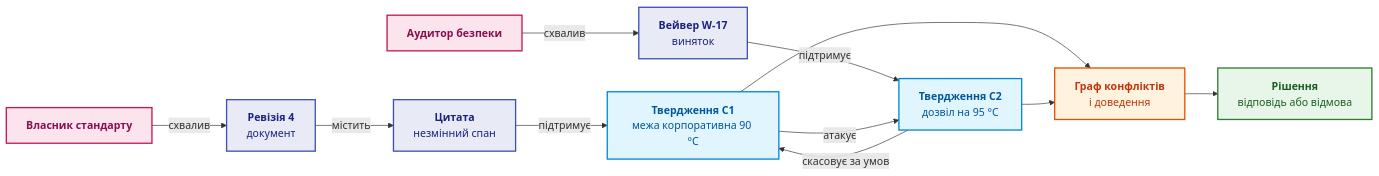
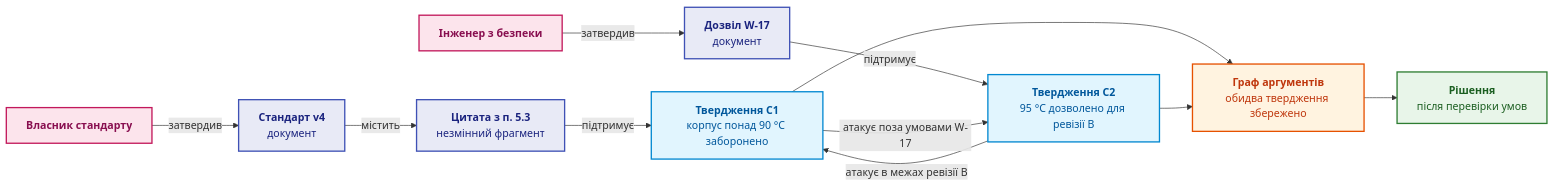
The second of 7 diagrams in ExpertSystem/ch02-epistemology-of-machine-knowledge.md (nick-fedchik/articles), drawn with Mermaid before and after one commit. The commit also changed other lines of this file, not shown here.

````diff
--- a/ExpertSystem/ch02-epistemology-of-machine-knowledge.md
+++ b/ExpertSystem/ch02-epistemology-of-machine-knowledge.md
@@ -136,28 +143,27 @@
 ```mermaid
 flowchart LR
-    accTitle: Граф доведення та конфліктів тверджень
-    accDescr: Документи та вейвери породжують твердження, які можуть атакувати одне одного, формуючи граф доведення.
+    accTitle: Граф підтримки й заперечення тверджень про 95 °C
+    accDescr: Стандарт через незмінну цитату підтримує загальну заборону. Дозвіл на відхилення W-17 підтримує виняток. Загальна заборона й виняток атакують одне одного, а експертна система зберігає обидва твердження до рішення.
 
-    D1["<b>Ревізія 4</b><br/>документ"] -->|"містить"| SP["<b>Цитата</b><br/>незмінний спан"]
-    A1["<b>Власник стандарту</b>"] -->|"схвалив"| D1
-    SP -->|"підтримує"| C1["<b>Твердження C1</b><br/>межа корпоративна 90 °C"]
-    W1["<b>Вейвер W-17</b><br/>виняток"] -->|"підтримує"| C2["<b>Твердження C2</b><br/>дозвіл на 95 °C"]
-    A2["<b>Аудитор безпеки</b>"] -->|"схвалив"| W1
-    C1 -->|"атакує"| C2
-    C2 -->|"скасовує за умов"| C1
-    C1 --> P["<b>Граф конфліктів</b><br/>і доведення"]
-    C2 --> P
-    P --> O["<b>Рішення</b><br/>відповідь або відмова"]
+    STD["<b>Стандарт v4</b><br/>документ"] -->|"містить"| SP["<b>Цитата з п. 5.3</b><br/>незмінний фрагмент"]
+    OWN["<b>Власник стандарту</b>"] -->|"затвердив"| STD
+    SP -->|"підтримує"| C1["<b>Твердження C1</b><br/>корпус понад 90 °C заборонено"]
+    W["<b>Дозвіл W-17</b><br/>документ"] -->|"підтримує"| C2["<b>Твердження C2</b><br/>95 °C дозволено для ревізії B"]
+    SAF["<b>Інженер з безпеки</b>"] -->|"затвердив"| W
+    C2 -->|"атакує в межах ревізії B"| C1
+    C1 -->|"атакує поза умовами W-17"| C2
+    C1 & C2 --> G["<b>Граф аргументів</b><br/>обидва твердження збережено"]
+    G --> O["<b>Рішення</b><br/>після перевірки умов"]
 
     classDef doc fill:#e8eaf6,stroke:#3f51b5,stroke-width:2px,color:#1a237e;
     classDef claim fill:#e1f5fe,stroke:#0288d1,stroke-width:2px,color:#01579b;
     classDef actor fill:#fce4ec,stroke:#c2185b,stroke-width:2px,color:#880e4f;
     classDef grf fill:#fff3e0,stroke:#e65100,stroke-width:2px,color:#bf360c;
     classDef out fill:#e8f5e9,stroke:#2e7d32,stroke-width:2px,color:#1b5e20;
 
-    class D1,SP,W1 doc;
-    class A1,A2 actor;
+    class STD,SP,W doc;
+    class OWN,SAF actor;
     class C1,C2 claim;
-    class P grf;
+    class G grf;
     class O out;
 ```
````
